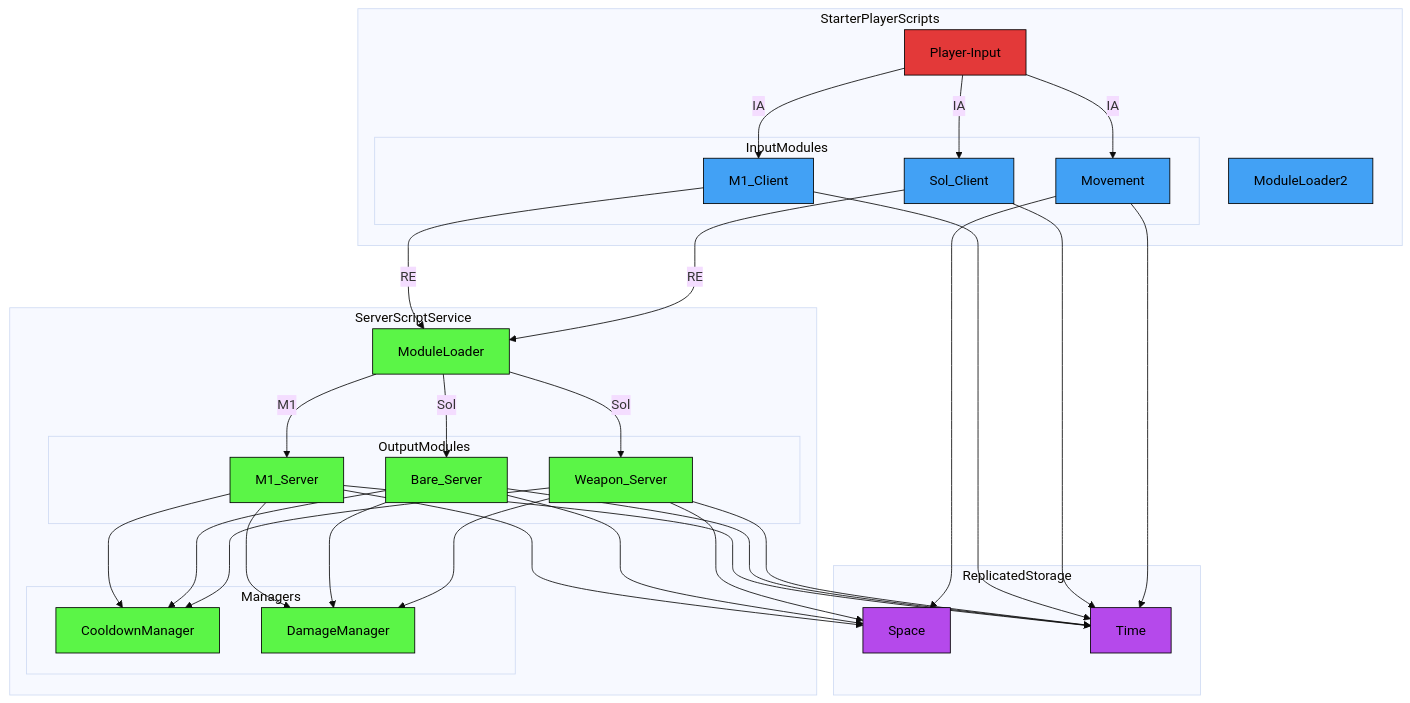
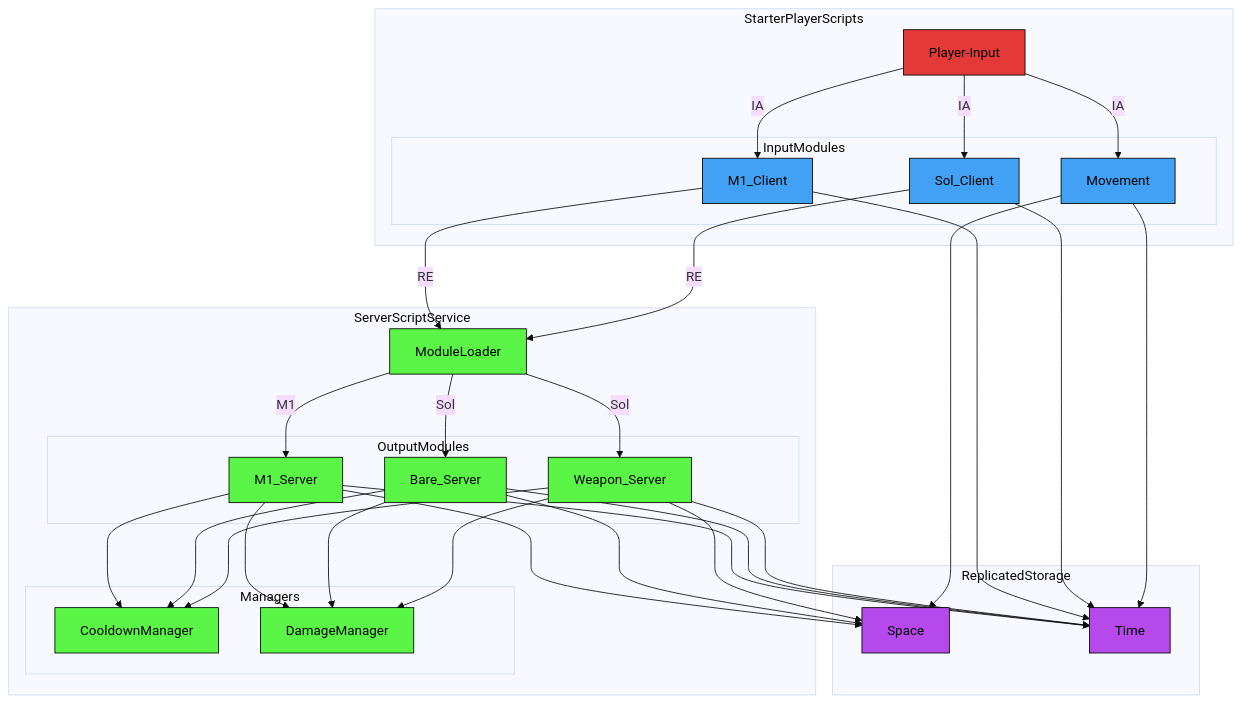
One commit to altair5607249/Crusaders-Game changed the second of 3 diagrams in README.md. Above: the diagram before and after it, drawn with Mermaid (base theme).

````diff
--- a/README.md
+++ b/README.md
@@ -128,78 +128,76 @@
 ```mermaid
 flowchart TB;
 
   classDef eventNode fill:#e33939,stroke:#000000,color:#000000
   classDef serverNode fill:#5bf547,stroke:#000000,color:#000000
   classDef clientNode fill:#42a1f5,stroke:#000000,color:#000000
   classDef universalNode fill:#b549eb,stroke:#000000,color:#000000
 
   subgraph StarterPlayerScripts
-    ModuleLoader2
-  
     subgraph InputModules
       M1_Client;
       Sol_Client;
       Movement;
     end
   
     Player-Input-->|IA| M1_Client;
     Player-Input-->|IA| Sol_Client;
     Player-Input-->|IA| Movement;
   end
 
   M1_Client-->|RE| ModuleLoader;
   Sol_Client-->|RE| ModuleLoader;
   Movement
 
   subgraph ServerScriptService
     ModuleLoader;
 
     subgraph Managers
       CooldownManager;
     end
 
     subgraph OutputModules
       M1_Server;
       Bare_Server;
       Weapon_Server;
     end
   
     subgraph Managers
       DamageManager;
     end
   
     ModuleLoader-->|M1| M1_Server
     ModuleLoader-->|Sol| Bare_Server
     ModuleLoader-->|Sol| Weapon_Server
   end
 
   subgraph ReplicatedStorage
     Space;
     Time;
   end
 
   M1_Server-->Space;
   M1_Server-->Time;  
   Bare_Server-->Space;
   Bare_Server-->Time;
   Weapon_Server-->Space;
   Weapon_Server-->Time;
 
   M1_Server-->CooldownManager;
   Bare_Server-->CooldownManager;
   Weapon_Server-->CooldownManager;
 
   M1_Server-->DamageManager;
   Bare_Server-->DamageManager;
   Weapon_Server-->DamageManager;
 
   M1_Client-->Time;
   Sol_Client-->Time;
   Movement-->Space;
   Movement-->Time;
 
   class Player-Input eventNode;
   class ModuleLoader,M1_Server,Bare_Server,Weapon_Server,DamageManager,CooldownManager serverNode;
   class ModuleLoader2,M1_Client,Sol_Client,Movement,KnockbackHandler clientNode;
   class Space,Time universalNode;
 ```
````
